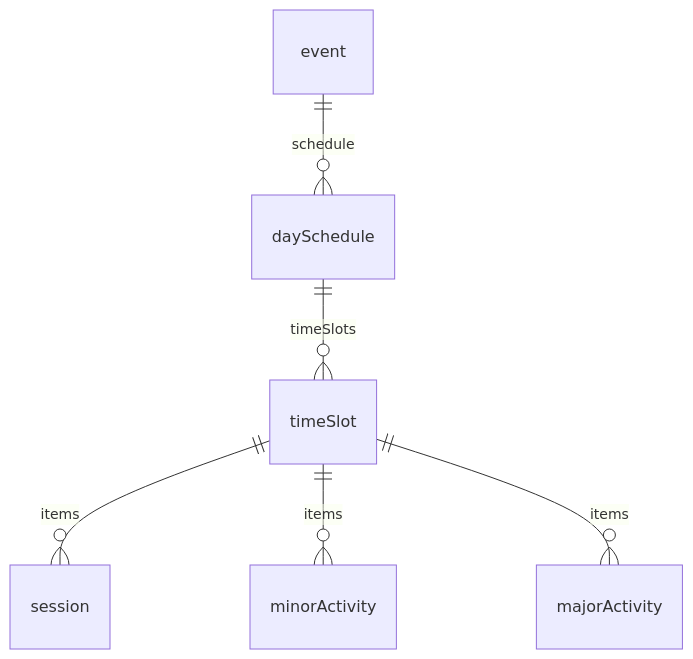
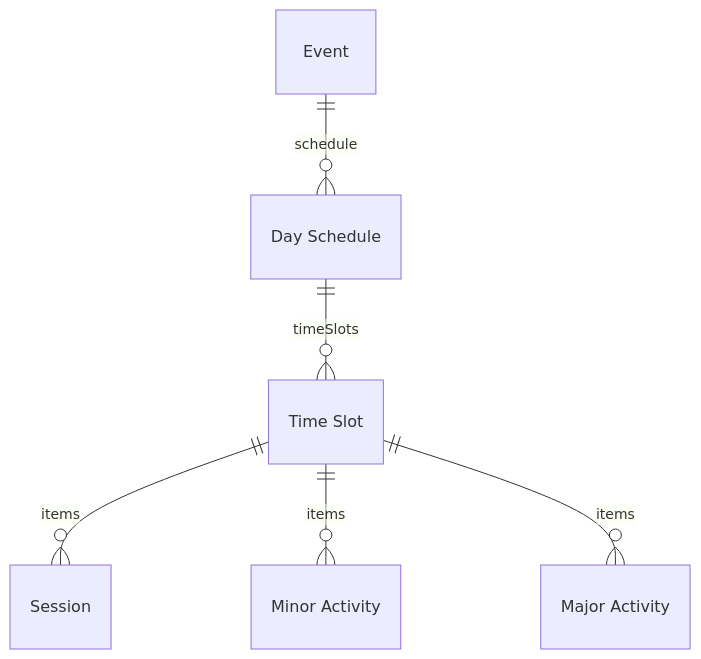
One commit to zarif-al/zarif-portfolio changed the fourth of 8 diagrams in scripts/seed/content/projects/brightonseo.md. Above: the diagram before and after it, drawn with Mermaid. The commit also changed other lines of this file, not shown here.

Commit message:
docs(seed): expand brightonSEO content with multi-region and schema details

````diff
--- a/scripts/seed/content/projects/brightonseo.md
+++ b/scripts/seed/content/projects/brightonseo.md
@@ -34,8 +110,8 @@
 ```mermaid
 erDiagram
-  event ||--o{ daySchedule : schedule
-  daySchedule ||--o{ timeSlot : timeSlots
-  timeSlot ||--o{ session : items
-  timeSlot ||--o{ minorActivity : items
-  timeSlot ||--o{ majorActivity : items
+  Event ||--o{ "Day Schedule" : schedule
+  "Day Schedule" ||--o{ "Time Slot" : timeSlots
+  "Time Slot" ||--o{ Session : items
+  "Time Slot" ||--o{ "Minor Activity" : items
+  "Time Slot" ||--o{ "Major Activity" : items
 ```
````
